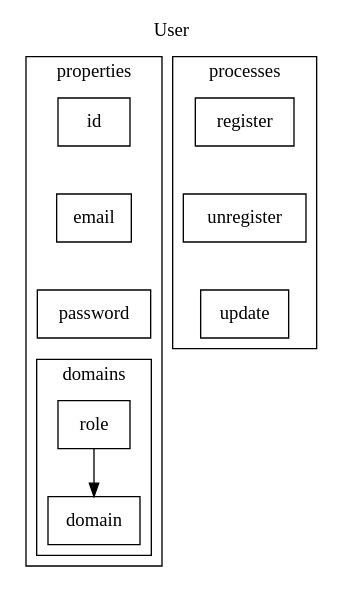
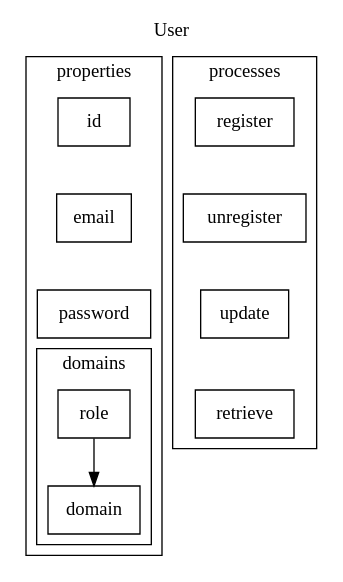
One commit to emerson-argueta/postgres-react-golang-template changed the diagram in design/models/identity/user.dot. Above: the diagram before and after it, drawn with Graphviz.

Commit message:
updated user model

```diff
--- a/design/models/identity/user.dot
+++ b/design/models/identity/user.dot
@@ -1,29 +1,31 @@
 digraph user{
     labelloc=t
     label="User"
     subgraph cluster_properties{
         label="properties"
         id[shape=rectangle]
         email[shape=rectangle]
         password[shape=rectangle]
         subgraph cluster_domains{
             label="domains"
             domain[shape=rectangle]
             role[shape=rectangle]
 
             role->domain
         }
 
         id->email->password->role[style=invis]
     }
     subgraph cluster_processes{
         label="processes"
         register[shape=rectangle]
         unregister[shape=rectangle]
         update[shape=rectangle]
+        retrieve[shape=rectangle]
 
         register->
         unregister->
-        update[style=invis]
+        update->
+        retrieve[style=invis]
     }
 }
```
